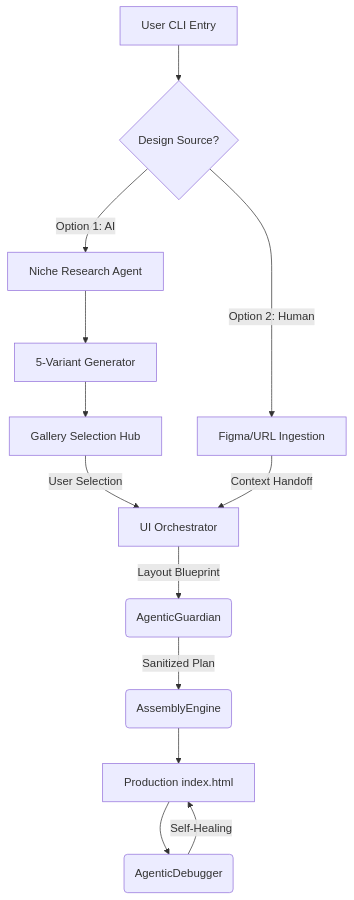
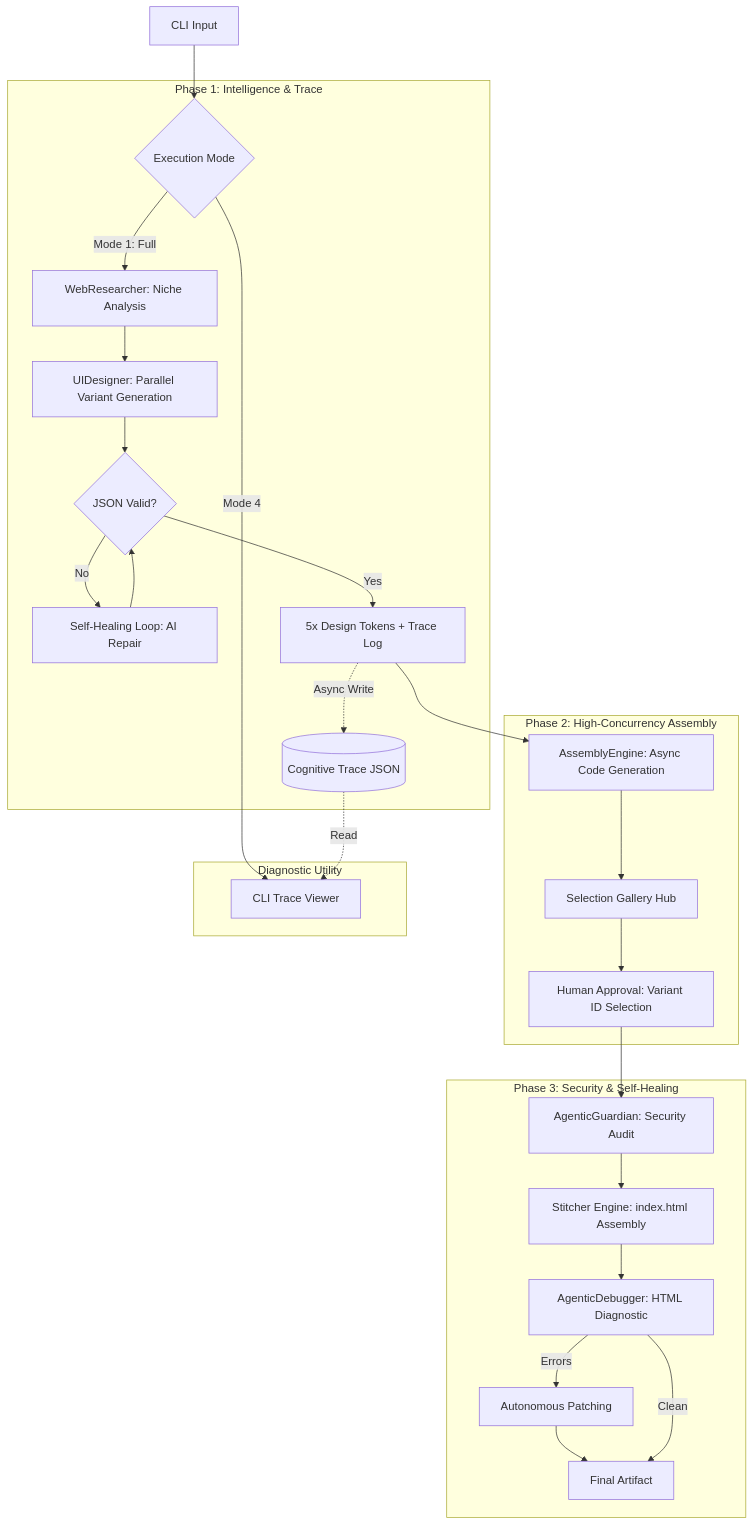
One commit to Faith-Adeniyi/Stitcher-Core-Agentic-UI-Orchestration-Framework changed the diagram in README.md. Above: the diagram before and after it, drawn with Mermaid. The commit also changed other lines of this file and 2 other files, not shown here.

Commit message:
feat(design): update brand intelligence and designer logic for secured agentics

````diff
--- a/README.md
+++ b/README.md
@@ -14,21 +14,35 @@
 ```mermaid
 graph TD
-    A[User CLI Entry] --> B{Design Source?}
+    A[CLI Input] --> B{Execution Mode}
     
-    %% AI Path
-    B -->|Option 1: AI| C[Niche Research Agent]
-    C --> D[5-Variant Generator]
-    D --> E[Gallery Selection Hub]
-    E -->|User Selection| F[UI Orchestrator]
+    subgraph "Phase 1: Intelligence & Trace"
+    B -->|Mode 1: Full| C[WebResearcher: Niche Analysis]
+    C --> D[UIDesigner: Parallel Variant Generation]
+    D --> E{JSON Valid?}
+    E -->|No| F[Self-Healing Loop: AI Repair]
+    F --> E
+    E -->|Yes| G[5x Design Tokens + Trace Log]
+    G -.->|Async Write| T[(Cognitive Trace JSON)]
+    end
 
-    %% Human Path
-    B -->|Option 2: Human| G[Figma/URL Ingestion]
-    G -->|Context Handoff| F
+    subgraph "Phase 2: High-Concurrency Assembly"
+    G --> H[AssemblyEngine: Async Code Generation]
+    H --> I[Selection Gallery Hub]
+    I --> J[Human Approval: Variant ID Selection]
+    end
 
-    %% Engine Path
-    F -->|Layout Blueprint| H(AgenticGuardian)
-    H -->|Sanitized Plan| I(AssemblyEngine)
-    I --> J[Production index.html]
-    J --> K(AgenticDebugger)
-    K -->|Self-Healing| J
+    subgraph "Phase 3: Security & Self-Healing"
+    J --> K[AgenticGuardian: Security Audit]
+    K --> L[Stitcher Engine: index.html Assembly]
+    L --> M[AgenticDebugger: HTML Diagnostic]
+    M -->|Errors| N[Autonomous Patching]
+    N --> O[Final Artifact]
+    M -->|Clean| O
+    end
+
+    subgraph "Diagnostic Utility"
+    B -->|Mode 4| P[CLI Trace Viewer]
+    T -.->|Read| P
+    end
+
 ```
````
